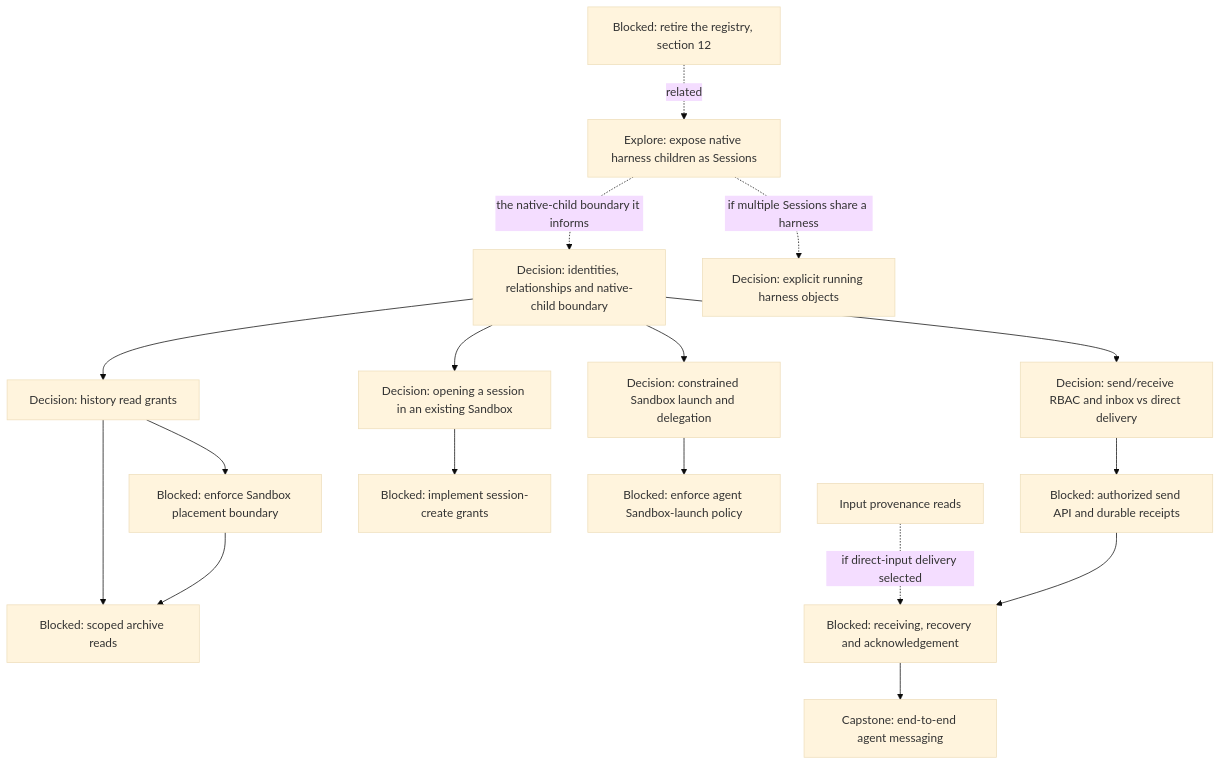
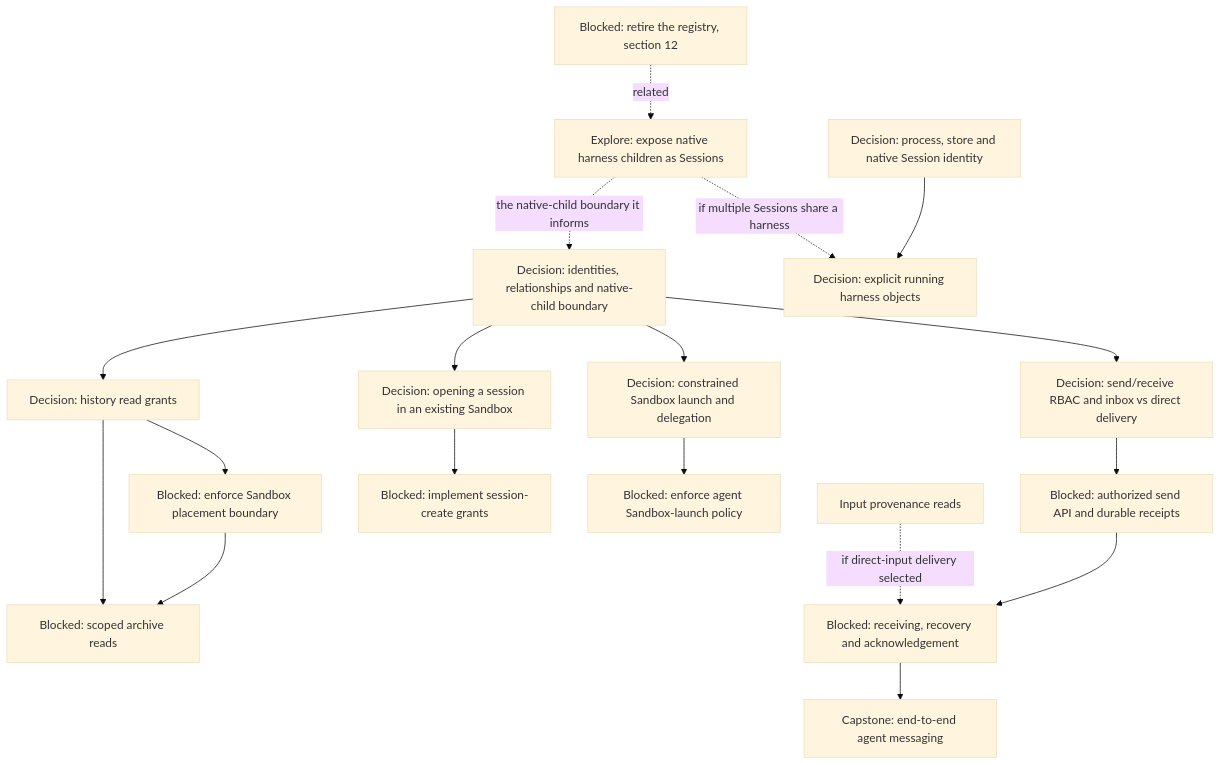
The fifth of 17 diagrams in agentplane/plans/task_dag.md (agentydragon-agent/ducktape), drawn with Mermaid (base theme) before and after one commit. The commit also changed other lines of this file and 2 other files, not shown here.

First line of the commit message:
Design Agentplane delivery, API, and harness boundaries (#10648)

````diff
--- a/agentplane/plans/task_dag.md
+++ b/agentplane/plans/task_dag.md
@@ -210,33 +210,35 @@
 ```mermaid
 flowchart TD
     MULTIAGENT_MODEL[Decision: identities, relationships and native-child boundary]
     THREAD_READ_POLICY_DESIGN[Decision: history read grants]
     SANDBOX_COMPARTMENT_BOUNDARY[Blocked: enforce Sandbox placement boundary]
     THREAD_READ_POLICY[Blocked: scoped archive reads]
     AGENT_MESSAGING_DESIGN[Decision: send/receive RBAC and inbox vs direct delivery]
     AGENT_MESSAGE_INGRESS[Blocked: authorized send API and durable receipts]
     AGENT_MESSAGE_RECEPTION[Blocked: receiving, recovery and acknowledgement]
     AGENT_MESSAGING[Capstone: end-to-end agent messaging]
     THREAD_CREATE_POLICY[Decision: opening a session in an existing Sandbox]
     THREAD_CREATE_AUTHORIZATION[Blocked: implement session-create grants]
     AGENT_LAUNCH_POLICY_DESIGN[Decision: constrained Sandbox launch and delegation]
     AGENT_SANDBOX_LAUNCH[Blocked: enforce agent Sandbox-launch policy]
     MULTIAGENT_MODEL --> THREAD_READ_POLICY_DESIGN
     MULTIAGENT_MODEL --> AGENT_MESSAGING_DESIGN
     MULTIAGENT_MODEL --> THREAD_CREATE_POLICY
     MULTIAGENT_MODEL --> AGENT_LAUNCH_POLICY_DESIGN
     THREAD_READ_POLICY_DESIGN --> SANDBOX_COMPARTMENT_BOUNDARY
     THREAD_READ_POLICY_DESIGN --> THREAD_READ_POLICY
     SANDBOX_COMPARTMENT_BOUNDARY --> THREAD_READ_POLICY
     AGENT_MESSAGING_DESIGN --> AGENT_MESSAGE_INGRESS
     SESSION_INPUT_METADATA_READ[Input provenance reads] -. if direct-input delivery selected .-> AGENT_MESSAGE_RECEPTION
     AGENT_MESSAGE_INGRESS --> AGENT_MESSAGE_RECEPTION
     AGENT_MESSAGE_RECEPTION --> AGENT_MESSAGING
     THREAD_CREATE_POLICY --> THREAD_CREATE_AUTHORIZATION
     AGENT_LAUNCH_POLICY_DESIGN --> AGENT_SANDBOX_LAUNCH
     NATIVE_SUBAGENT_EXPOSURE[Explore: expose native harness children as Sessions]
     RUNNER_HARNESS_OBJECTS_DESIGN[Decision: explicit running harness objects]
+    HARNESS_IDENTITY_DESIGN[Decision: process, store and native Session identity]
     NATIVE_SUBAGENT_EXPOSURE -. if multiple Sessions share a harness .-> RUNNER_HARNESS_OBJECTS_DESIGN
     NATIVE_SUBAGENT_EXPOSURE -. the native-child boundary it informs .-> MULTIAGENT_MODEL
+    HARNESS_IDENTITY_DESIGN --> RUNNER_HARNESS_OBJECTS_DESIGN
     GATEWAY_SESSION_REGISTRY_RETIRE[Blocked: retire the registry, section 12] -. related .-> NATIVE_SUBAGENT_EXPOSURE
 ```
````
